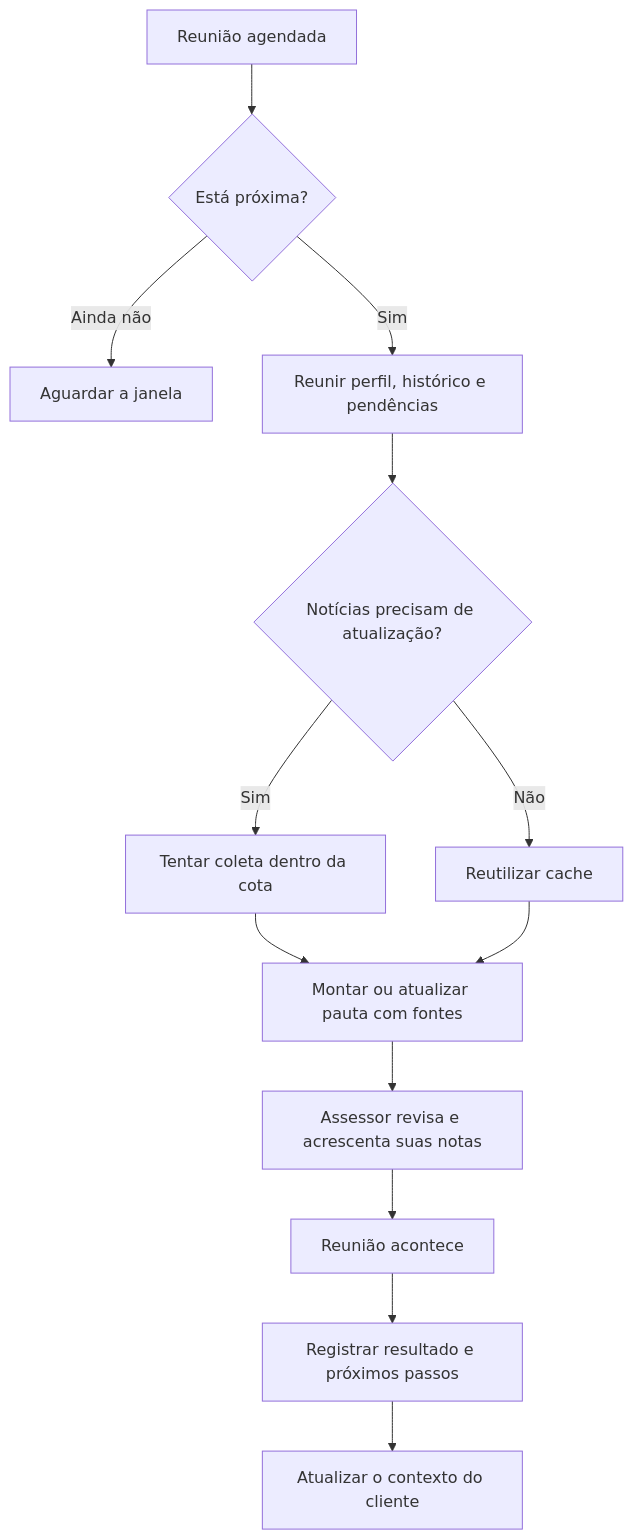
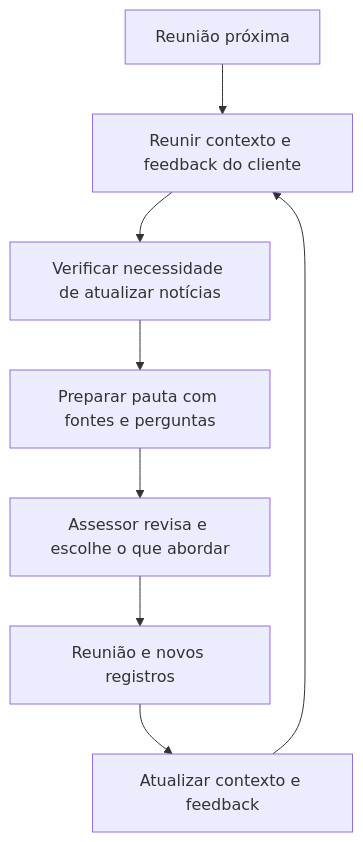
Before and after one commit to antonioagbbernardo/rotaxp-hackathon-grupo1: the second of 2 diagrams in docs/visao-geral.md, drawn with Mermaid. The commit also changed other lines of this file and 8 other files, not shown here.

Commit message:
docs: define inferência de contexto, supervisão e testes com dados fictícios

````diff
--- a/docs/visao-geral.md
+++ b/docs/visao-geral.md
@@ -67,15 +115,10 @@
 ```mermaid
 flowchart TD
-    R[Reunião agendada] --> J{Está próxima?}
-    J -->|Ainda não| E[Aguardar a janela]
-    J -->|Sim| C[Reunir perfil, histórico e pendências]
-    C --> V{Notícias precisam de atualização?}
-    V -->|Não| U[Reutilizar cache]
-    V -->|Sim| N[Tentar coleta dentro da cota]
-    N --> P[Montar ou atualizar pauta com fontes]
-    U --> P
-    P --> A[Assessor revisa e acrescenta suas notas]
-    A --> M[Reunião acontece]
-    M --> H[Registrar resultado e próximos passos]
-    H --> D[Atualizar o contexto do cliente]
+    A[Reunião próxima] --> B[Reunir contexto e feedback do cliente]
+    B --> C[Verificar necessidade de atualizar notícias]
+    C --> D[Preparar pauta com fontes e perguntas]
+    D --> E[Assessor revisa e escolhe o que abordar]
+    E --> F[Reunião e novos registros]
+    F --> G[Atualizar contexto e feedback]
+    G --> B
 ```
````
